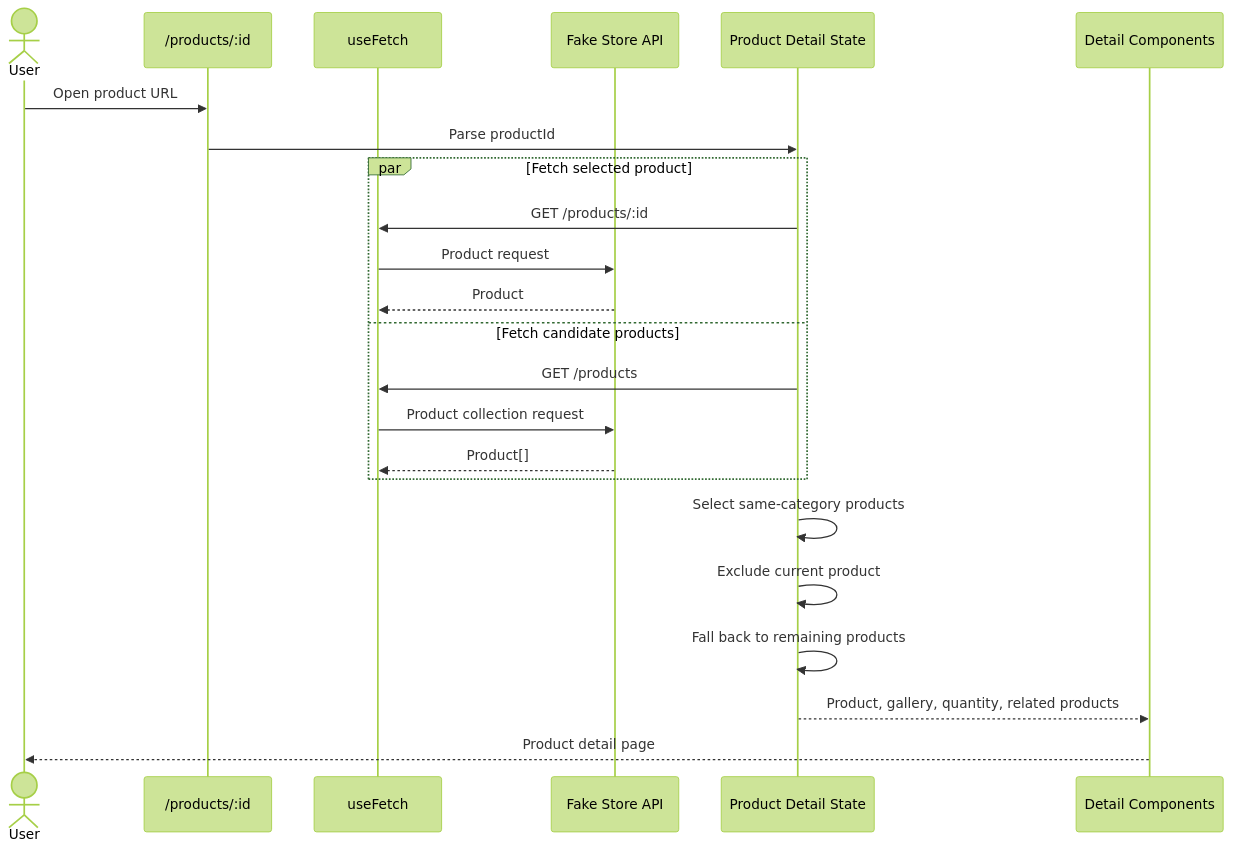
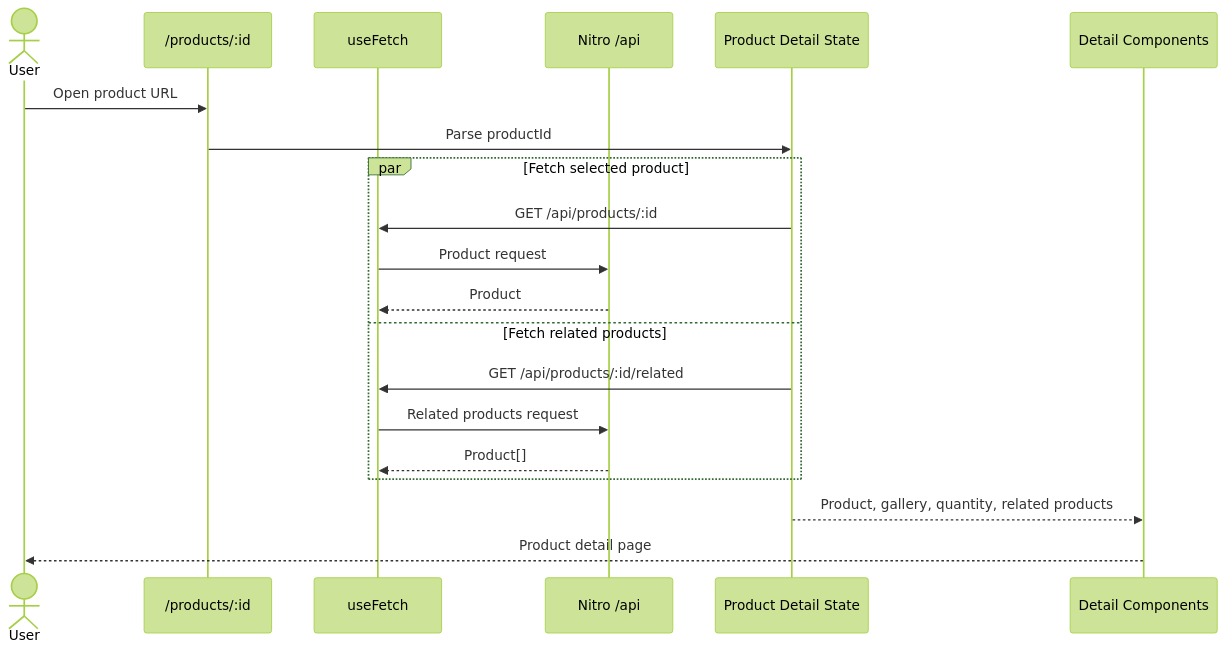
The third of 5 diagrams in README.md (mohetios/nuxt-commerce-demo), drawn with Mermaid (forest theme) before and after one commit. The commit also changed other lines of this file and 1 other file, not shown here.

First line of the commit message:
docs: document SSR architecture, demo API, and Cloudflare deploy

````diff
--- a/README.md
+++ b/README.md
@@ -150,28 +209,25 @@
 ```mermaid
 sequenceDiagram
     actor User
     participant Route as /products/:id
     participant Nuxt as useFetch
-    participant API as Fake Store API
+    participant API as Nitro /api
     participant Detail as Product Detail State
     participant UI as Detail Components
 
     User->>Route: Open product URL
     Route->>Detail: Parse productId
 
     par Fetch selected product
-        Detail->>Nuxt: GET /products/:id
+        Detail->>Nuxt: GET /api/products/:id
         Nuxt->>API: Product request
         API-->>Nuxt: Product
-    and Fetch candidate products
-        Detail->>Nuxt: GET /products
-        Nuxt->>API: Product collection request
+    and Fetch related products
+        Detail->>Nuxt: GET /api/products/:id/related
+        Nuxt->>API: Related products request
         API-->>Nuxt: Product[]
     end
 
-    Detail->>Detail: Select same-category products
-    Detail->>Detail: Exclude current product
-    Detail->>Detail: Fall back to remaining products
     Detail-->>UI: Product, gallery, quantity, related products
     UI-->>User: Product detail page
 ```
````
